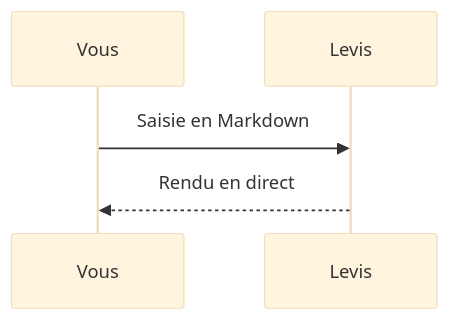
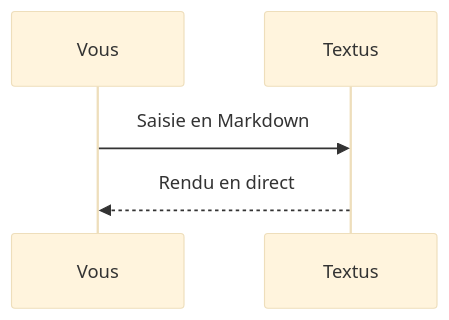
The third of 3 diagrams in src/help/markdown-guide.fr.md (CatVinci-Studio/Levis), drawn with Mermaid (base theme) before and after one commit. The commit also changed other lines of this file and 219 other files, not shown here.

````diff
--- a/src/help/markdown-guide.fr.md
+++ b/src/help/markdown-guide.fr.md
@@ -113,7 +113,7 @@
 ```mermaid
 sequenceDiagram
     participant Vous
-    participant Levis
-    Vous->>Levis: Saisie en Markdown
-    Levis-->>Vous: Rendu en direct
+    participant Textus
+    Vous->>Textus: Saisie en Markdown
+    Textus-->>Vous: Rendu en direct
 ```
````
